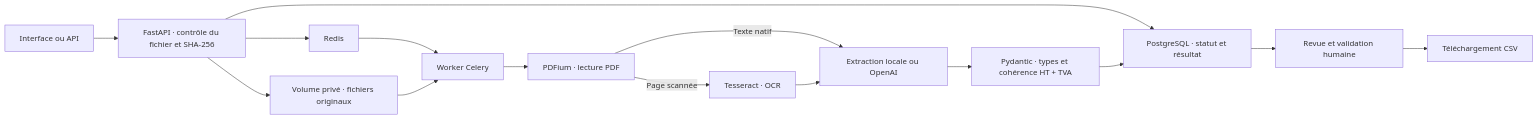
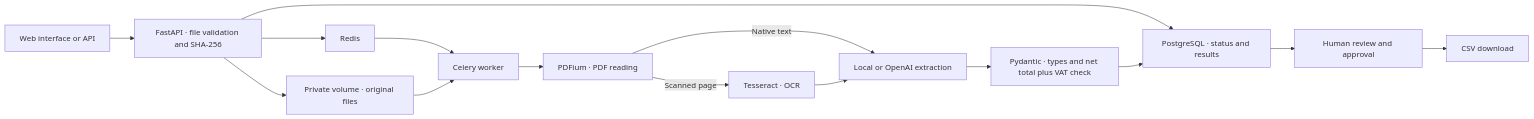
Before and after one commit to e-jaafar/intelligent-document-processing: the diagram in README.md, drawn with Mermaid. The commit also changed other lines of this file, not shown here.

````diff
--- a/README.md
+++ b/README.md
@@ -36,17 +36,17 @@
 ```mermaid
 flowchart LR
-    U["Interface ou API"] --> F["FastAPI · contrôle du fichier et SHA-256"]
-    F --> D["PostgreSQL · statut et résultat"]
-    F --> S["Volume privé · fichiers originaux"]
+    U["Web interface or API"] --> F["FastAPI · file validation and SHA-256"]
+    F --> D["PostgreSQL · status and results"]
+    F --> S["Private volume · original files"]
     F --> R["Redis"]
-    R --> W["Worker Celery"]
+    R --> W["Celery worker"]
     S --> W
-    W --> P["PDFium · lecture PDF"]
-    P -->|Page scannée| O["Tesseract · OCR"]
-    P -->|Texte natif| E["Extraction locale ou OpenAI"]
+    W --> P["PDFium · PDF reading"]
+    P -->|Scanned page| O["Tesseract · OCR"]
+    P -->|Native text| E["Local or OpenAI extraction"]
     O --> E
-    E --> V["Pydantic · types et cohérence HT + TVA"]
+    E --> V["Pydantic · types and net total plus VAT check"]
     V --> D
-    D --> H["Revue et validation humaine"]
-    H --> C["Téléchargement CSV"]
+    D --> H["Human review and approval"]
+    H --> C["CSV download"]
 ```
````
